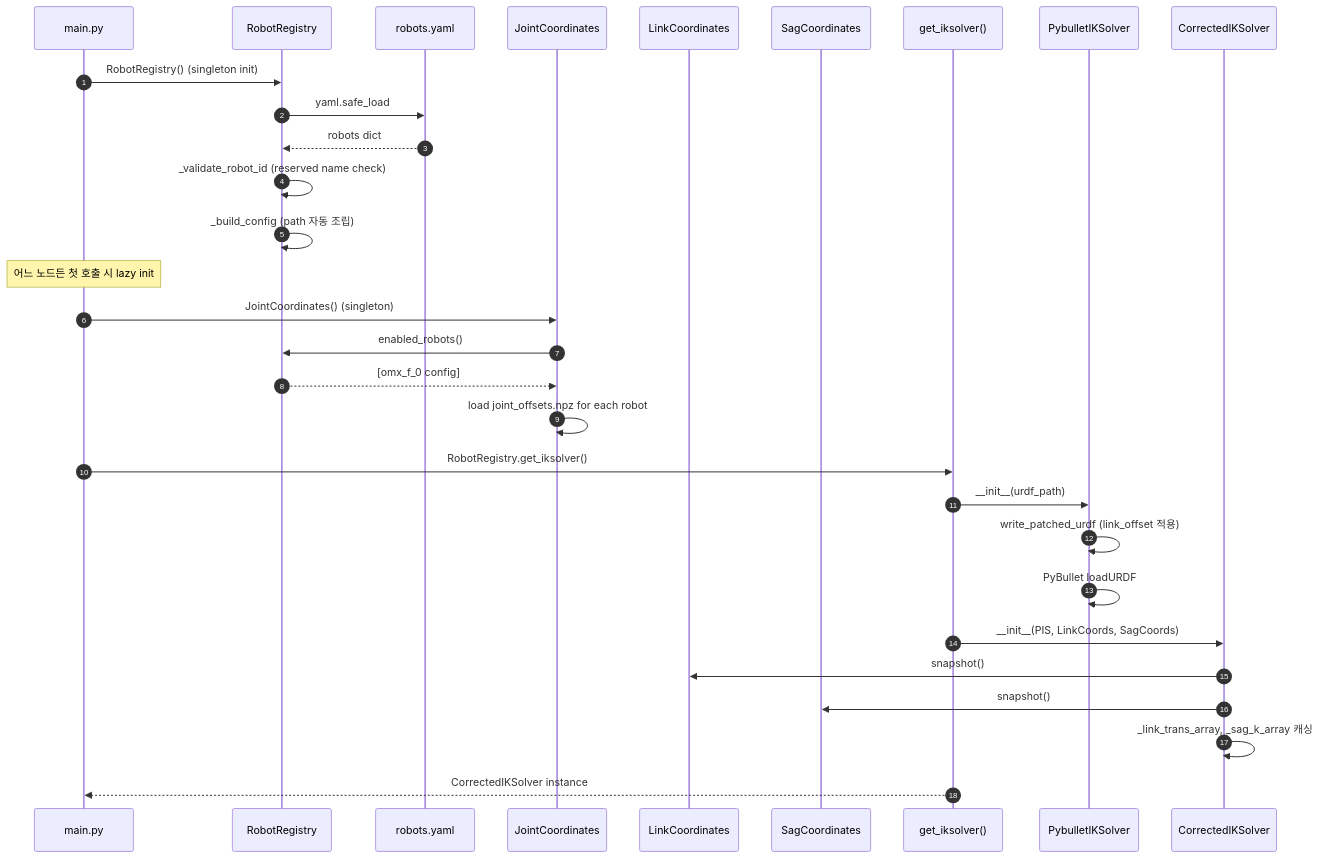
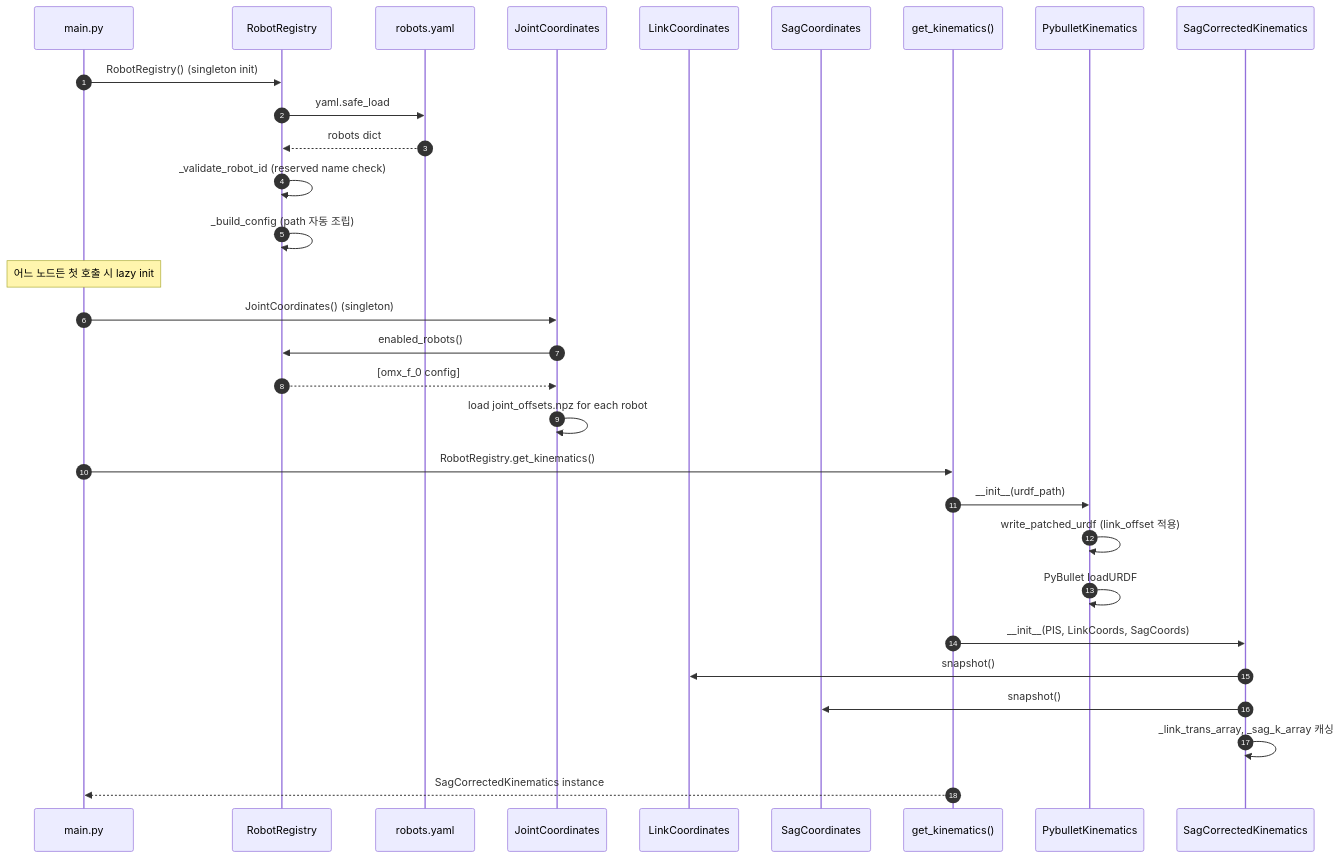
One commit to zzingobomi/horibot changed the eighth of 10 diagrams in docs/multi_robot_walkthrough.md. Above: the diagram before and after it, drawn with Mermaid. The commit also changed other lines of this file and 36 other files, not shown here.

Commit message:
feat: iksolver -> kinematics 로 네이밍 변경

````diff
--- a/docs/multi_robot_walkthrough.md
+++ b/docs/multi_robot_walkthrough.md
@@ -365,36 +365,36 @@
 ```mermaid
 sequenceDiagram
     autonumber
     participant Main as main.py
     participant Reg as RobotRegistry
     participant YAML as robots.yaml
     participant JC as JointCoordinates
     participant LC as LinkCoordinates
     participant SC as SagCoordinates
-    participant Solver as get_iksolver()
-    participant PIS as PybulletIKSolver
-    participant CIS as CorrectedIKSolver
+    participant Solver as get_kinematics()
+    participant PIS as PybulletKinematics
+    participant CIS as SagCorrectedKinematics
 
     Main->>Reg: RobotRegistry() (singleton init)
     Reg->>YAML: yaml.safe_load
     YAML-->>Reg: robots dict
     Reg->>Reg: _validate_robot_id (reserved name check)
     Reg->>Reg: _build_config (path 자동 조립)
 
     Note over Main: 어느 노드든 첫 호출 시 lazy init
 
     Main->>JC: JointCoordinates() (singleton)
     JC->>Reg: enabled_robots()
     Reg-->>JC: [omx_f_0 config]
     JC->>JC: load joint_offsets.npz for each robot
 
-    Main->>Solver: RobotRegistry.get_iksolver()
+    Main->>Solver: RobotRegistry.get_kinematics()
     Solver->>PIS: __init__(urdf_path)
     PIS->>PIS: write_patched_urdf (link_offset 적용)
     PIS->>PIS: PyBullet loadURDF
     Solver->>CIS: __init__(PIS, LinkCoords, SagCoords)
     CIS->>LC: snapshot()
     CIS->>SC: snapshot()
     CIS->>CIS: _link_trans_array, _sag_k_array 캐싱
-    Solver-->>Main: CorrectedIKSolver instance
+    Solver-->>Main: SagCorrectedKinematics instance
 ```
````
